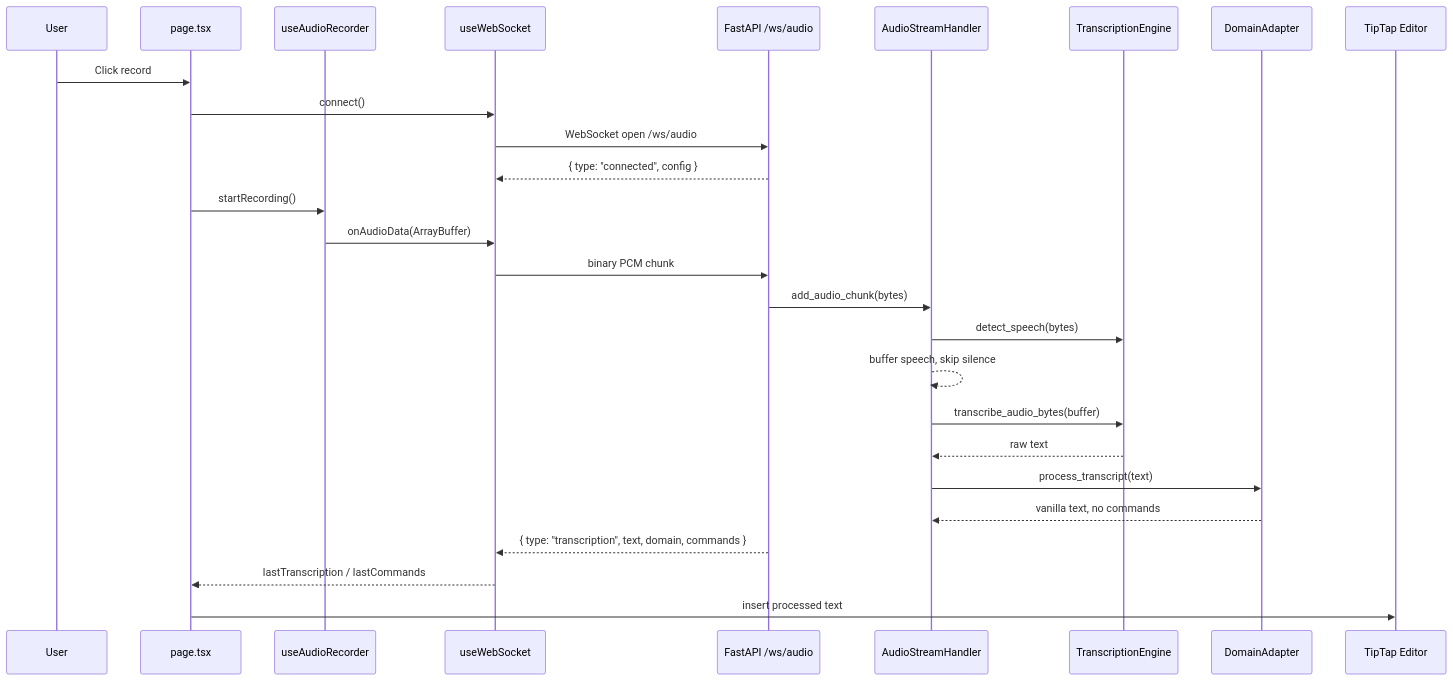
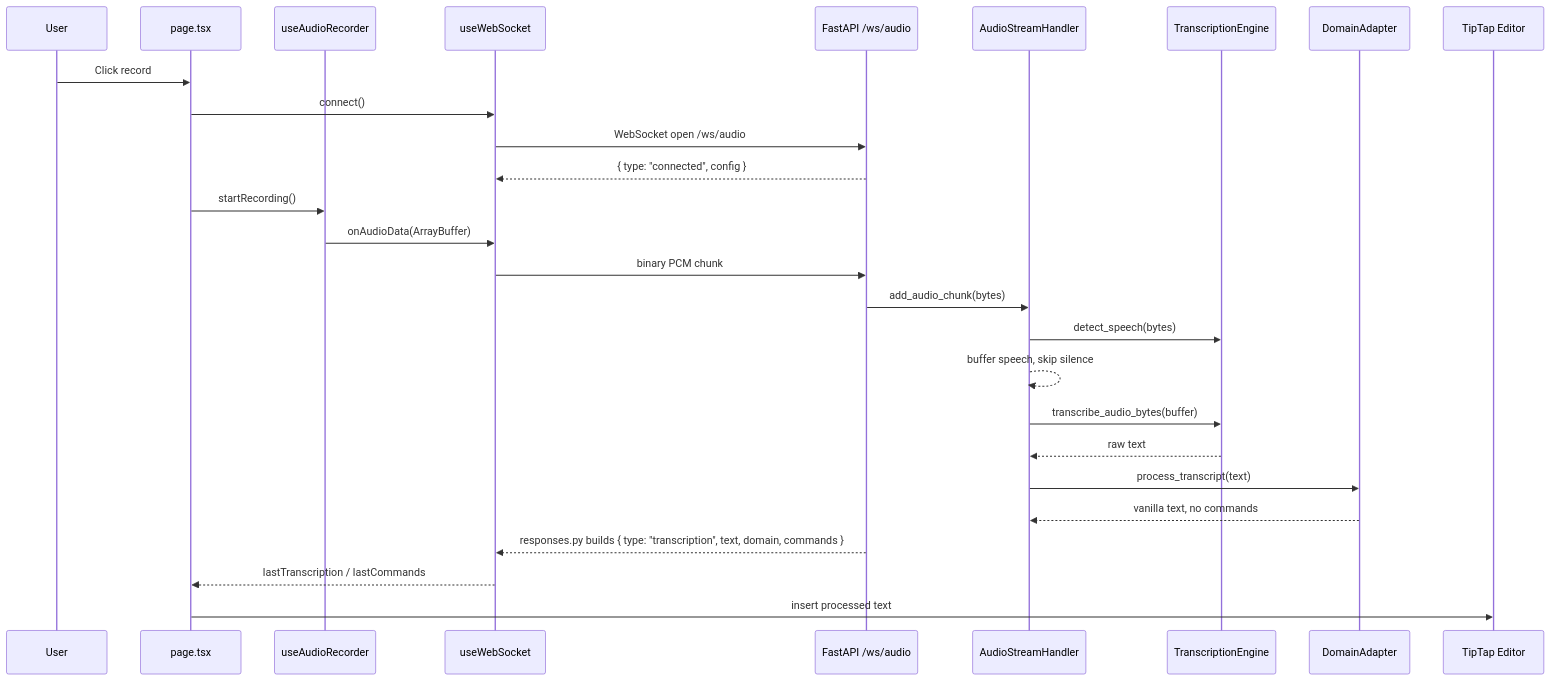
Before and after one commit to mrimmortal/Trans: the second of 3 diagrams in medical-dictation/ARCHITECTURE_GRAPH.md, drawn with Mermaid. The commit also changed other lines of this file and 29 other files, not shown here.

Commit message:
Architecture Revamp

````diff
--- a/medical-dictation/ARCHITECTURE_GRAPH.md
+++ b/medical-dictation/ARCHITECTURE_GRAPH.md
@@ -60,30 +73,30 @@
 ```mermaid
 sequenceDiagram
   participant U as User
   participant P as page.tsx
   participant R as useAudioRecorder
   participant W as useWebSocket
   participant B as FastAPI /ws/audio
   participant H as AudioStreamHandler
   participant E as TranscriptionEngine
   participant D as DomainAdapter
   participant T as TipTap Editor
 
   U->>P: Click record
   P->>W: connect()
   W->>B: WebSocket open /ws/audio
   B-->>W: { type: "connected", config }
   P->>R: startRecording()
   R->>W: onAudioData(ArrayBuffer)
   W->>B: binary PCM chunk
   B->>H: add_audio_chunk(bytes)
   H->>E: detect_speech(bytes)
   H-->>H: buffer speech, skip silence
   H->>E: transcribe_audio_bytes(buffer)
   E-->>H: raw text
   H->>D: process_transcript(text)
   D-->>H: vanilla text, no commands
-  B-->>W: { type: "transcription", text, domain, commands }
+  B-->>W: responses.py builds { type: "transcription", text, domain, commands }
   W-->>P: lastTranscription / lastCommands
   P->>T: insert processed text
 ```
````
